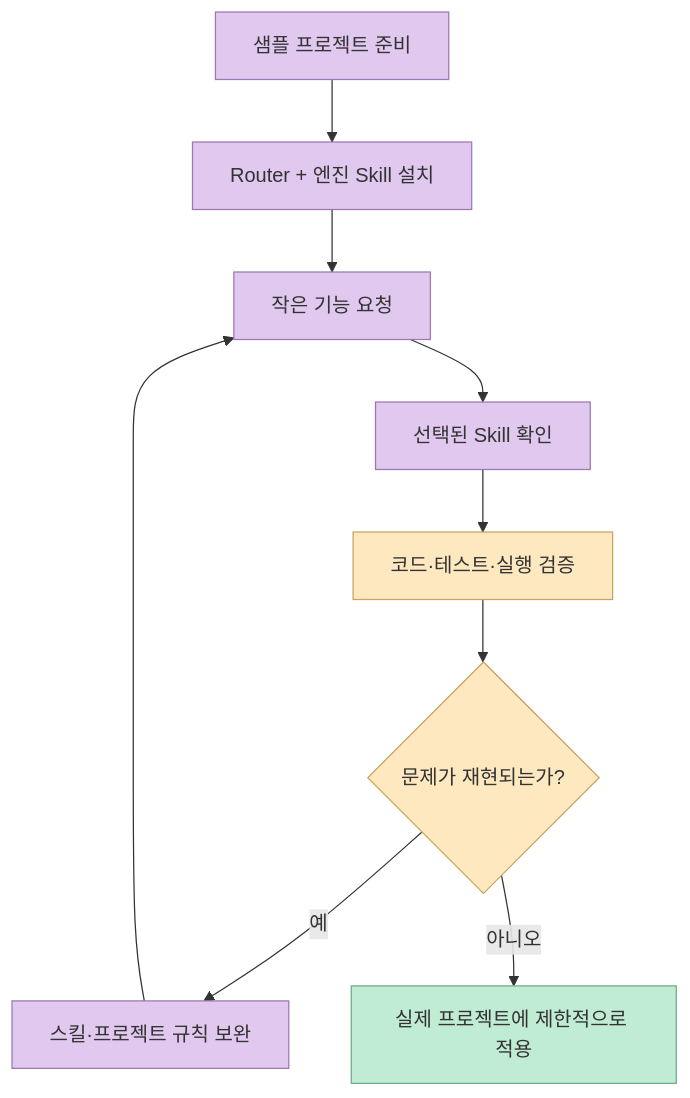
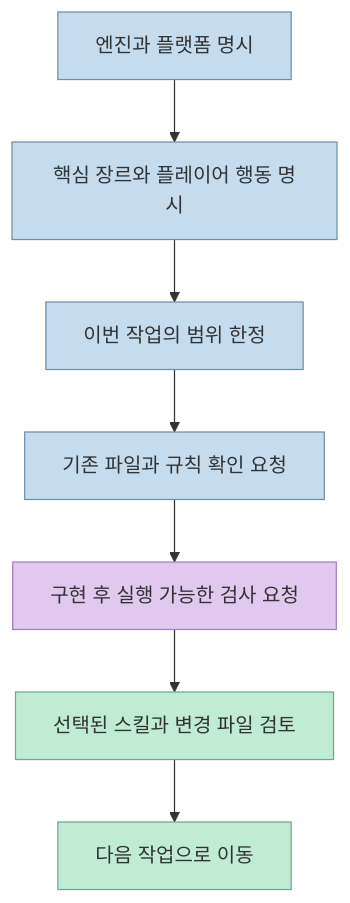
One commit to gyuha/game-dev changed the sixth of 6 diagrams in src/content/blog/resources/2026/11/awesome-gamedev-agent-skills-router.md. Above: the diagram before and after it, drawn with Mermaid. The commit also changed other lines of this file and 3 other files, not shown here.

````diff
--- a/src/content/blog/resources/2026/11/awesome-gamedev-agent-skills-router.md
+++ b/src/content/blog/resources/2026/11/awesome-gamedev-agent-skills-router.md
@@ -251,19 +205,15 @@
 ```mermaid
 flowchart TD
-    A[샘플 프로젝트 준비] --> B[Router + 엔진 Skill 설치]
-    B --> C[작은 기능 요청]
-    C --> D[선택된 Skill 확인]
-    D --> E[코드·테스트·실행 검증]
-    E --> F{문제가 재현되는가?}
-    F -->|예| G[스킬·프로젝트 규칙 보완]
-    G --> C
-    F -->|아니오| H[실제 프로젝트에 제한적으로 적용]
-    classDef inputTone fill:#c5dcef,stroke:#6b95b5,color:#333
-    classDef processTone fill:#e0c8ef,stroke:#9c78b3,color:#333
-    classDef checkTone fill:#fde8c0,stroke:#c9a45e,color:#333
-    classDef resultTone fill:#c0ecd3,stroke:#70a98b,color:#333
-    class A,B,C,D processTone
-    class E,F checkTone
-    class G processTone
-    class H resultTone
+    A[엔진과 플랫폼 명시] --> B[핵심 장르와 플레이어 행동 명시]
+    B --> C[이번 작업의 범위 한정]
+    C --> D[기존 파일과 규칙 확인 요청]
+    D --> E[구현 후 실행 가능한 검사 요청]
+    E --> F[선택된 스킬과 변경 파일 검토]
+    F --> G[다음 작업으로 이동]
+    classDef planTone fill:#c5dcef,stroke:#6d90ad,color:#333
+    classDef implementTone fill:#e0c8ef,stroke:#a57ebd,color:#333
+    classDef verifyTone fill:#c0ecd3,stroke:#70a98b,color:#333
+    class A,B,C,D planTone
+    class E implementTone
+    class F,G verifyTone
 ```
````
